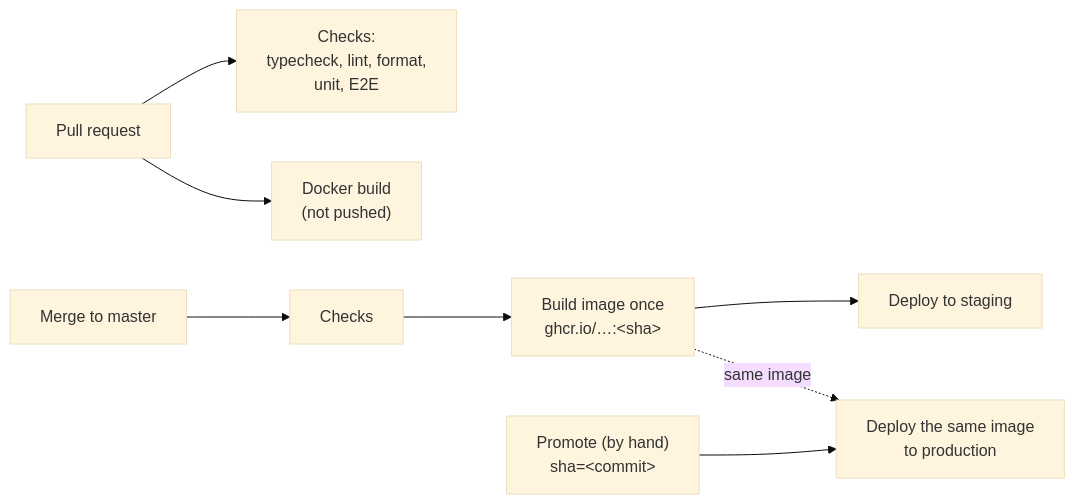
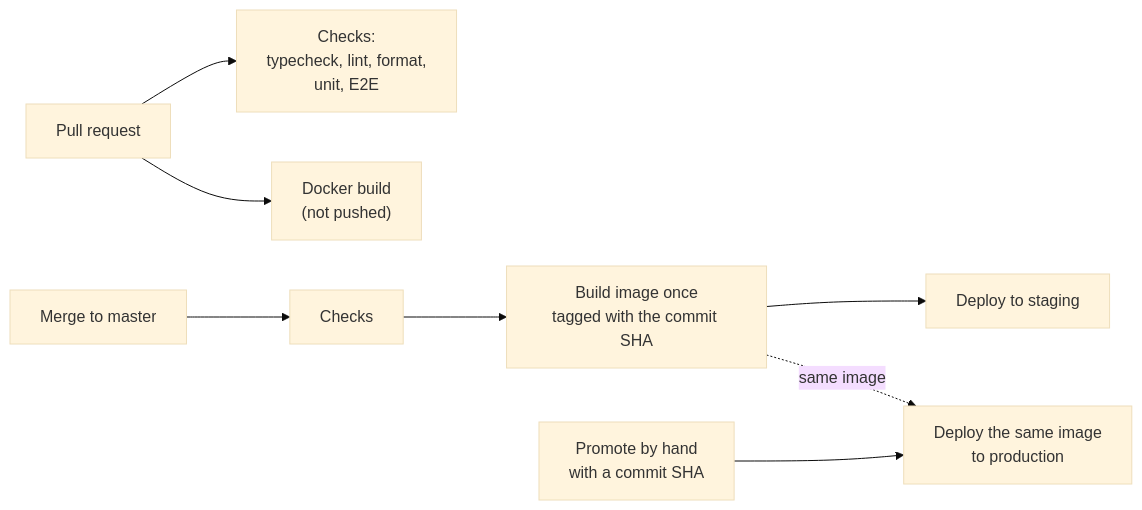
One commit to crorvick/flight_club changed the first of 2 diagrams in tutorial/14-continuous-delivery.md. Above: the diagram before and after it, drawn with Mermaid (base theme). The commit also changed other lines of this file and 2 other files, not shown here.

Commit message:
tutorial: fix diagrams GitHub can't render
Mermaid treats a semicolon in a sequence diagram as the end of a
statement, so the sign-in diagram's cookie flags broke it with a parse
error.  Labels with literal tags, like <h1> and <sha>, are at risk of
the same: Mermaid treats them as HTML.

Say the same things in plain text instead.

````diff
--- a/tutorial/14-continuous-delivery.md
+++ b/tutorial/14-continuous-delivery.md
@@ -22,8 +22,8 @@
 ```mermaid
 flowchart LR
     PR["Pull request"] --> C1["Checks:<br/>typecheck, lint, format,<br/>unit, E2E"]
     PR --> D1["Docker build<br/>(not pushed)"]
-    M["Merge to master"] --> C2["Checks"] --> I["Build image once<br/>ghcr.io/…:&lt;sha&gt;"] --> S["Deploy to staging"]
-    P["Promote (by hand)<br/>sha=&lt;commit&gt;"] --> Prod["Deploy the same image<br/>to production"]
+    M["Merge to master"] --> C2["Checks"] --> I["Build image once<br/>tagged with the commit SHA"] --> S["Deploy to staging"]
+    P["Promote by hand<br/>with a commit SHA"] --> Prod["Deploy the same image<br/>to production"]
     I -.->|same image| Prod
 ```
````
